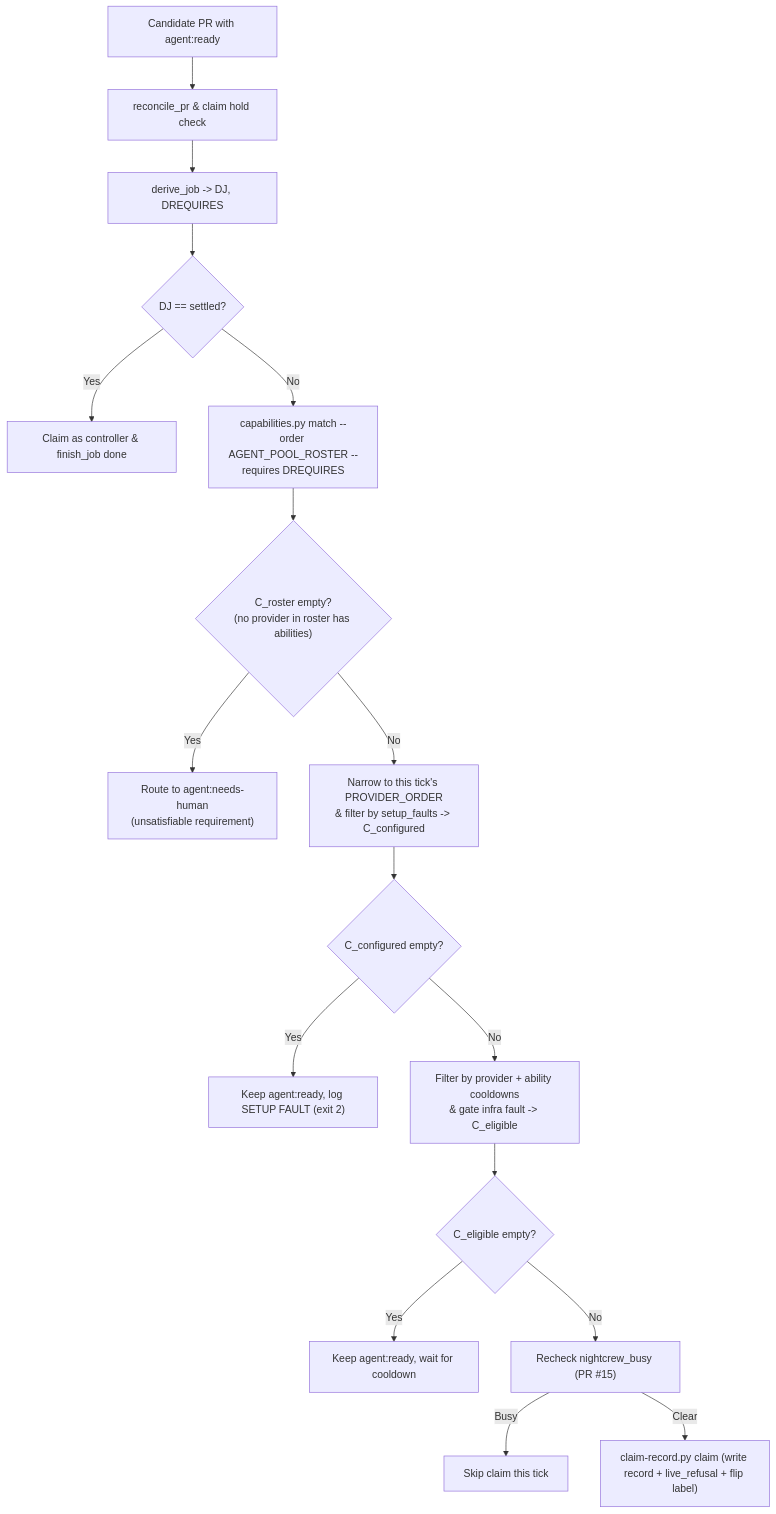
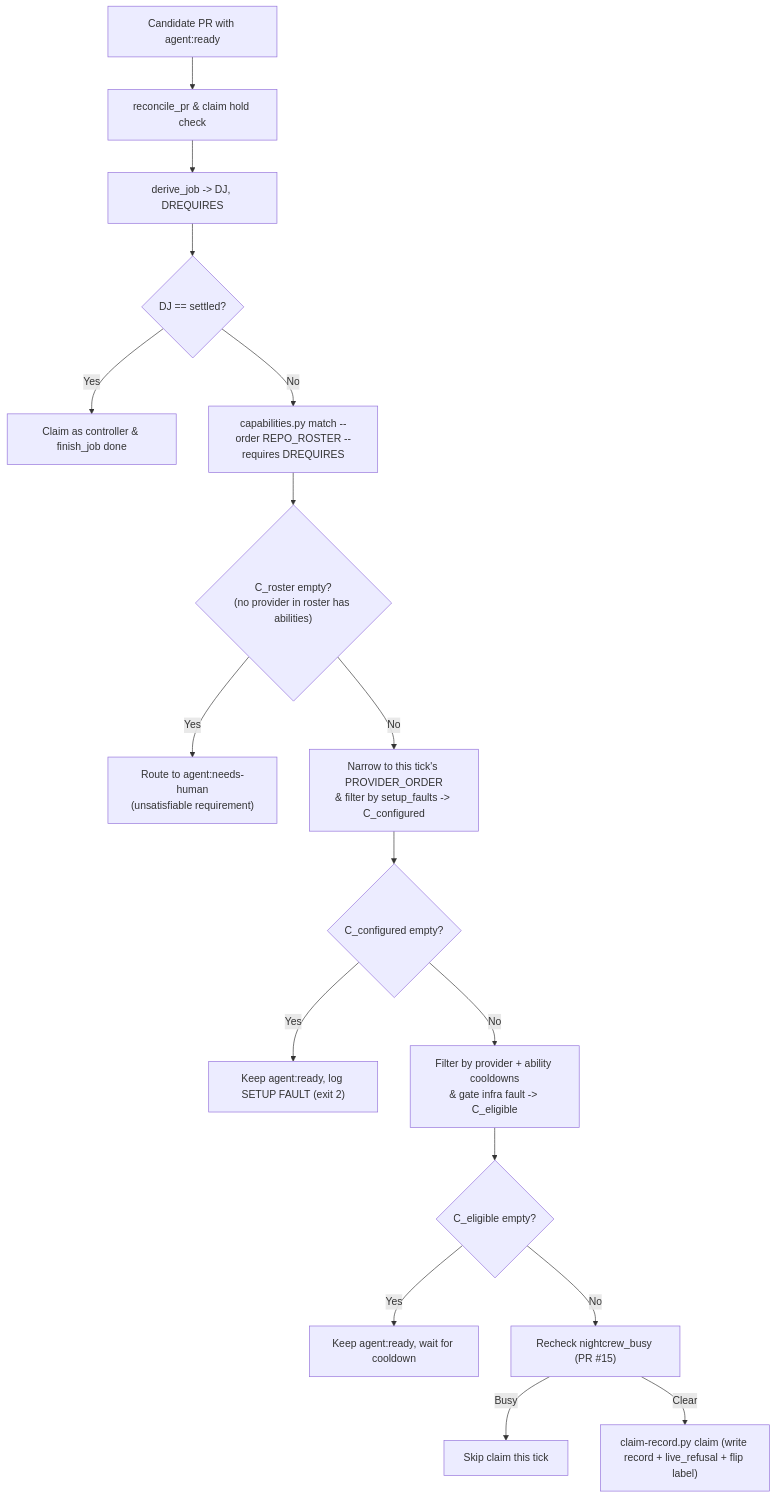
One commit to CraigThomasParsons/PR-Review-Resolver-Loop-Merge-Gitea-Github changed the diagram in docs/plans/provider-capabilities.md. Above: the diagram before and after it, drawn with Mermaid. The commit also changed other lines of this file, not shown here.

First line of the commit message:
docs(provider-capabilities): derive C_roster from [pool].providers narrowed per repo

````diff
--- a/docs/plans/provider-capabilities.md
+++ b/docs/plans/provider-capabilities.md
@@ -173,19 +173,19 @@
 ```mermaid
 flowchart TD
     A["Candidate PR with agent:ready"] --> B["reconcile_pr & claim hold check"]
     B --> C["derive_job -> DJ, DREQUIRES"]
     C --> D{"DJ == settled?"}
     D -- Yes --> E["Claim as controller & finish_job done"]
-    D -- No --> F["capabilities.py match --order AGENT_POOL_ROSTER --requires DREQUIRES"]
+    D -- No --> F["capabilities.py match --order REPO_ROSTER --requires DREQUIRES"]
     F --> G{"C_roster empty?<br/>(no provider in roster has abilities)"}
     G -- Yes --> H["Route to agent:needs-human<br/>(unsatisfiable requirement)"]
     G -- No --> I["Narrow to this tick's PROVIDER_ORDER<br/>& filter by setup_faults -> C_configured"]
     I --> J{"C_configured empty?"}
     J -- Yes --> K["Keep agent:ready, log SETUP FAULT (exit 2)"]
     J -- No --> L["Filter by provider + ability cooldowns<br/>& gate infra fault -> C_eligible"]
     L --> M{"C_eligible empty?"}
     M -- Yes --> N["Keep agent:ready, wait for cooldown"]
     M -- No --> O["Recheck nightcrew_busy (PR #15)"]
     O -- Busy --> P["Skip claim this tick"]
     O -- Clear --> Q["claim-record.py claim (write record + live_refusal + flip label)"]
 ```
````
